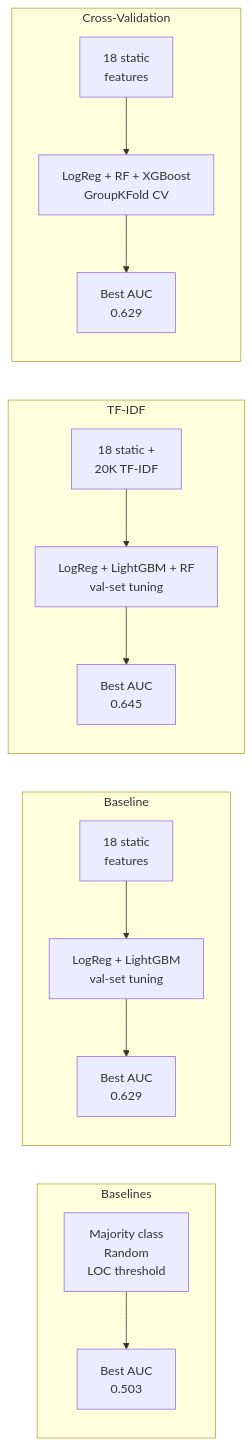
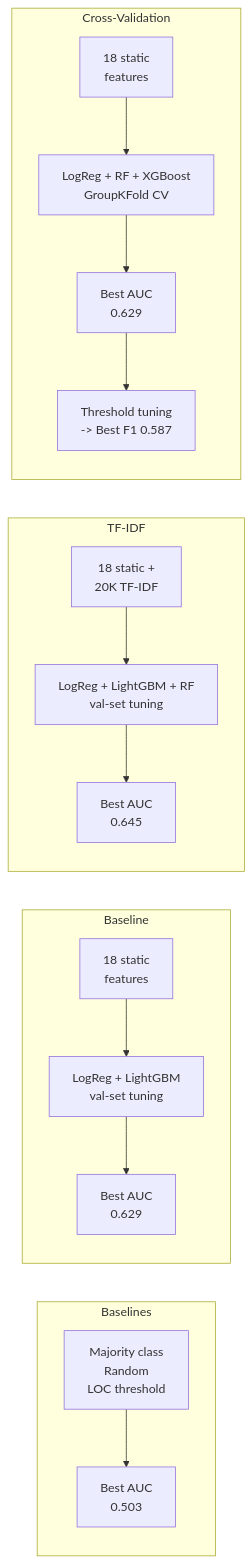
The fourth of 4 diagrams in README.md (Vihaan8/ml_vibe_check_ai_code_quality), drawn with Mermaid before and after one commit. The commit also changed other lines of this file, not shown here.

First line of the commit message:
Revise README for model updates and threshold tuning

````diff
--- a/README.md
+++ b/README.md
@@ -137,21 +138,22 @@
 ```mermaid
 flowchart LR
     subgraph baselines["Baselines"]
         BL["Majority class\nRandom\nLOC threshold"] --> BLR["Best AUC\n0.503"]
     end
 
     subgraph baseline["Baseline"]
         B1["18 static\nfeatures"] --> B2["LogReg + LightGBM\nval-set tuning"]
         B2 --> B3["Best AUC\n0.629"]
     end
 
     subgraph tfidf["TF-IDF"]
         T1["18 static +\n20K TF-IDF"] --> T2["LogReg + LightGBM + RF\nval-set tuning"]
         T2 --> T3["Best AUC\n0.645"]
     end
 
     subgraph crossval["Cross-Validation"]
         C1["18 static\nfeatures"] --> C2["LogReg + RF + XGBoost\nGroupKFold CV"]
         C2 --> C3["Best AUC\n0.629"]
+        C3 --> C4["Threshold tuning\n-> Best F1 0.587"]
     end
 ```
````
